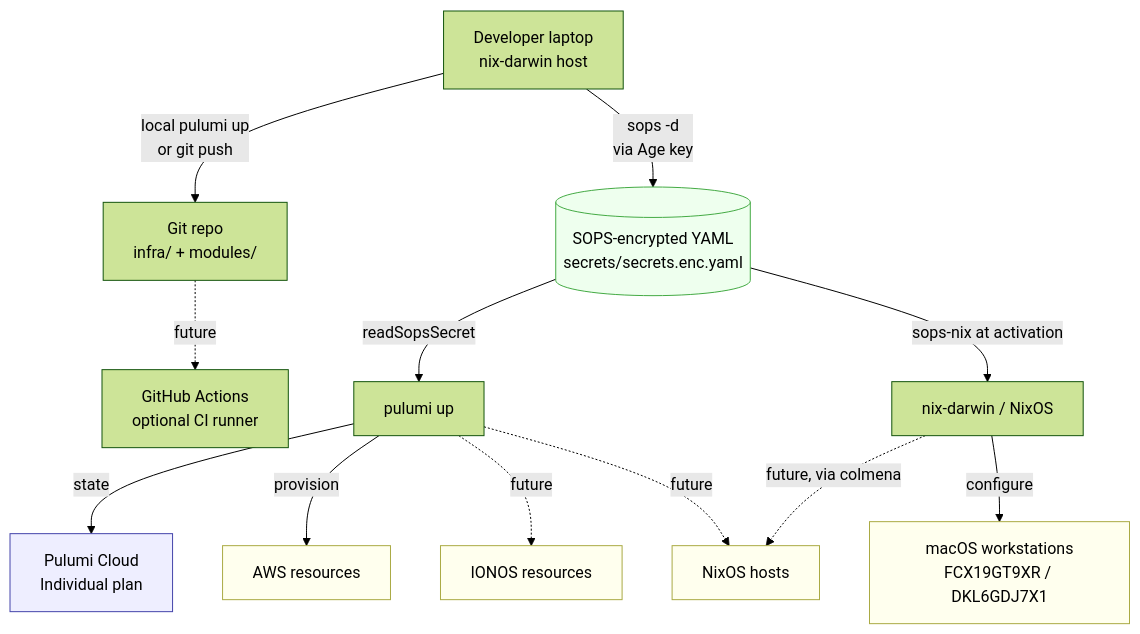
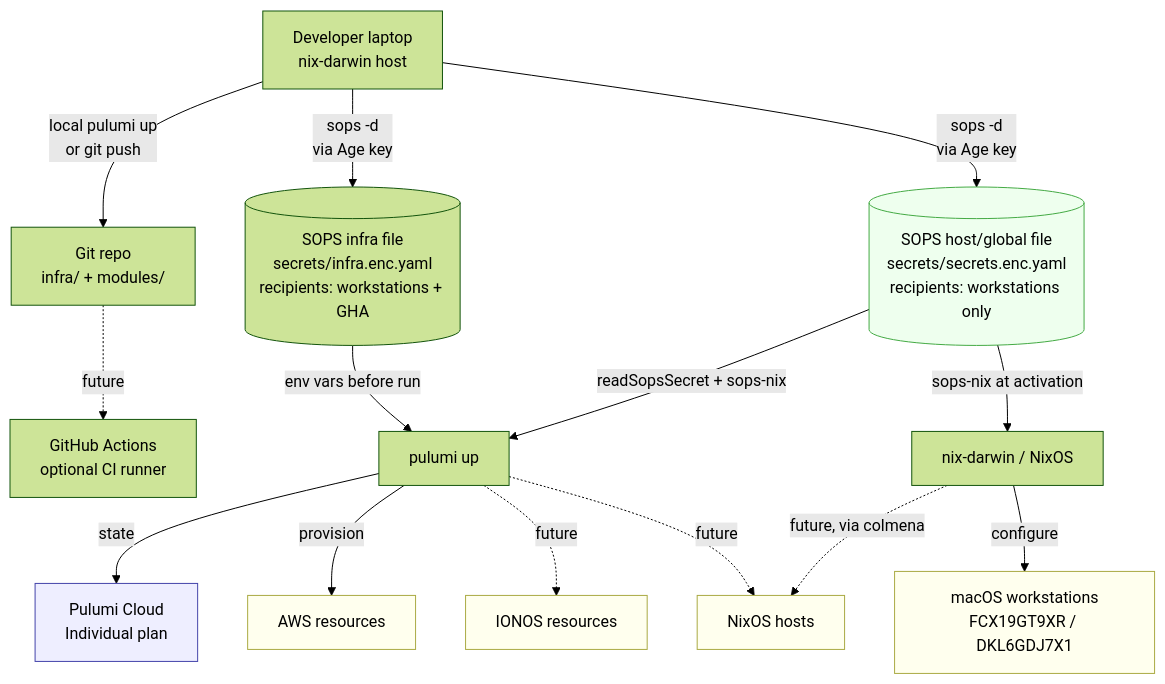
One commit to geggo98/dotfiles changed the first of 3 diagrams in infra/Architecture.md. Above: the diagram before and after it, drawn with Mermaid (forest theme). The commit also changed other lines of this file and 1 other file, not shown here.

First line of the commit message:
docs(infra): Split SOPS into host/global vs. infra-operation files

````diff
--- a/infra/Architecture.md
+++ b/infra/Architecture.md
@@ -14,24 +14,26 @@
 ```mermaid
 flowchart TB
     Dev[Developer laptop<br/>nix-darwin host] -->|local pulumi up<br/>or git push| Repo[Git repo<br/>infra/ + modules/]
     Repo -.->|future| GHA[GitHub Actions<br/>optional CI runner]
 
-    Dev -->|sops -d<br/>via Age key| SOPS[(SOPS-encrypted YAML<br/>secrets/secrets.enc.yaml)]
-    SOPS -->|readSopsSecret| Pulumi[pulumi up]
+    Dev -->|sops -d<br/>via Age key| INFRA[(SOPS infra file<br/>secrets/infra.enc.yaml<br/>recipients: workstations + GHA)]
+    Dev -->|sops -d<br/>via Age key| SOPS[(SOPS host/global file<br/>secrets/secrets.enc.yaml<br/>recipients: workstations only)]
+    INFRA -->|env vars before run| Pulumi[pulumi up]
+    SOPS -->|readSopsSecret + sops-nix| Pulumi
     SOPS -->|sops-nix at activation| Nix[nix-darwin / NixOS]
 
     Pulumi -->|state| PC[Pulumi Cloud<br/>Individual plan]
     Pulumi -->|provision| AWS[AWS resources]
     Pulumi -.->|future| IONOS[IONOS resources]
     Pulumi -.->|future| Hosts[NixOS hosts]
 
     Nix -->|configure| MAC[macOS workstations<br/>FCX19GT9XR / DKL6GDJ7X1]
     Nix -.->|future, via colmena| Hosts
 
     classDef state fill:#eef,stroke:#44a
     classDef secret fill:#efe,stroke:#4a4
     classDef target fill:#ffe,stroke:#aa4
     class PC state
     class SOPS secret
     class AWS,IONOS,MAC,Hosts target
 ```
````
